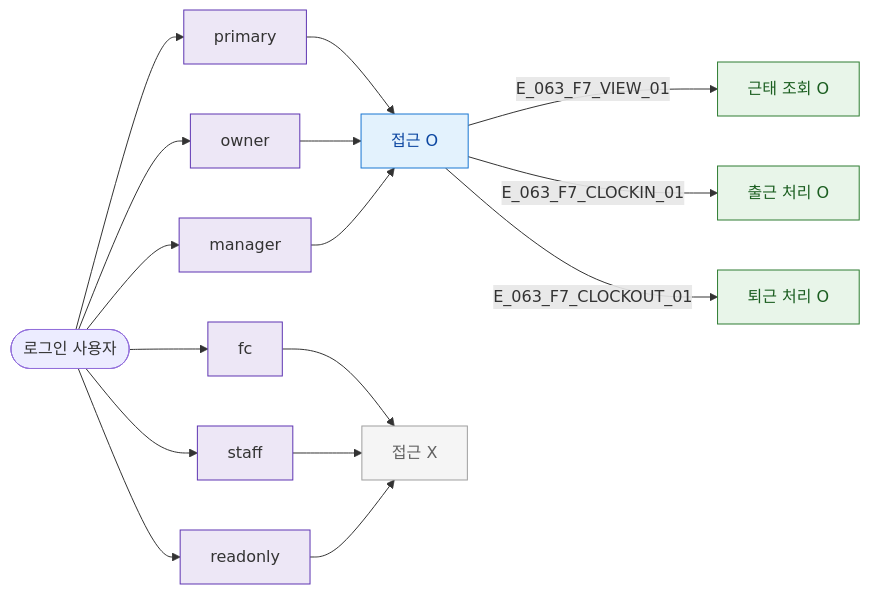
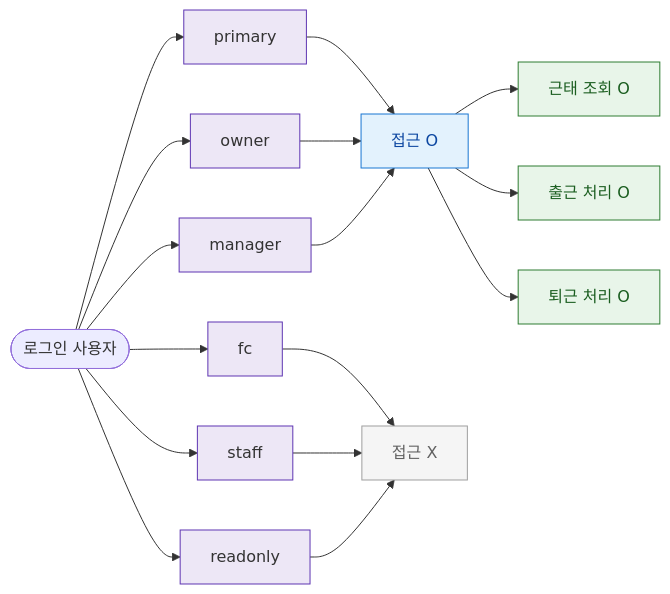
One commit to dev-spogym/admin-pando changed the diagram in docs/다이어그램/D07_직원관리/SCR-063_직원근태관리/F7_권한분기.md. Above: the diagram before and after it, drawn with Mermaid. The commit also changed other lines of this file and 1660 other files, not shown here.

First line of the commit message:
다이어그램: 기획자/클라이언트 납품본으로 정리

````diff
--- a/docs/다이어그램/D07_직원관리/SCR-063_직원근태관리/F7_권한분기.md
+++ b/docs/다이어그램/D07_직원관리/SCR-063_직원근태관리/F7_권한분기.md
@@ -18,24 +16,24 @@
 ```mermaid
 flowchart LR
   USER([로그인 사용자])
   USER --> R_PRIMARY[primary] --> ACCESS[접근 O]
   USER --> R_OWNER[owner] --> ACCESS
   USER --> R_MANAGER[manager] --> ACCESS
   USER --> R_FC[fc] --> BLOCKED[접근 X]
   USER --> R_STAFF[staff] --> BLOCKED
   USER --> R_READONLY[readonly] --> BLOCKED
 
-  ACCESS -->|E_063_F7_VIEW_01| ACT_VIEW[근태 조회 O]
-  ACCESS -->|E_063_F7_CLOCKIN_01| ACT_CLOCKIN[출근 처리 O]
-  ACCESS -->|E_063_F7_CLOCKOUT_01| ACT_CLOCKOUT[퇴근 처리 O]
+  ACCESS --> ACT_VIEW[근태 조회 O]
+  ACCESS --> ACT_CLOCKIN[출근 처리 O]
+  ACCESS --> ACT_CLOCKOUT[퇴근 처리 O]
 
-  classDef screen      fill:#E3F2FD,stroke:#1976D2,color:#0D47A1
+  classDef screen fill:#E3F2FD,stroke:#1976D2,color:#0D47A1
   classDef rbacBlocked fill:#F5F5F5,stroke:#9E9E9E,color:#616161
-  classDef success     fill:#E8F5E9,stroke:#2E7D32,color:#1B5E20
-  classDef system      fill:#EDE7F6,stroke:#5E35B2
+  classDef success fill:#E8F5E9,stroke:#2E7D32,color:#1B5E20
+  classDef system fill:#EDE7F6,stroke:#5E35B2
 
   class ACCESS screen
   class BLOCKED rbacBlocked
   class ACT_VIEW,ACT_CLOCKIN,ACT_CLOCKOUT success
   class R_PRIMARY,R_OWNER,R_MANAGER,R_FC,R_STAFF,R_READONLY system
 ```
````
